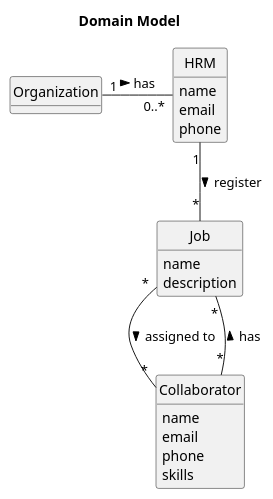
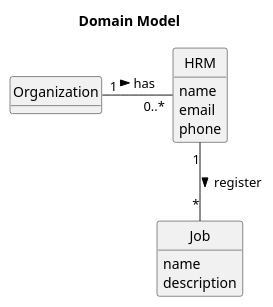
Before and after one commit to daniel41silva05/ISEP_2023_2024_LAPR2: the diagram in docs/sprintA/us002/02.analysis/puml/us002-domain-model.puml, drawn with PlantUML. The commit also changed 1 other file, not shown here.

```diff
--- a/docs/sprintA/us002/02.analysis/puml/us002-domain-model.puml
+++ b/docs/sprintA/us002/02.analysis/puml/us002-domain-model.puml
@@ -1,44 +1,36 @@
 @startuml
 skinparam monochrome true
 skinparam packageStyle rectangle
 skinparam shadowing false
 
 'left to right direction
 
 skinparam classAttributeIconSize 0
 
 hide circle
 
 hide methods
 
 title Domain Model
 
 class Organization {
 
 }
 
 class Job {
     name
     description
 
 }
 
 class HRM {
     name
     email
     phone
 }
 
-class Collaborator {
-    name
-    email
-    phone
-    skills
-}
 
 Organization "1" - "0..*" HRM: has >
 HRM "1" -- "*" Job : register   >
-Collaborator "*" -- "*" Job : has >
-Job "*" -- "*" Collaborator: assigned to >
 
 @enduml
```
